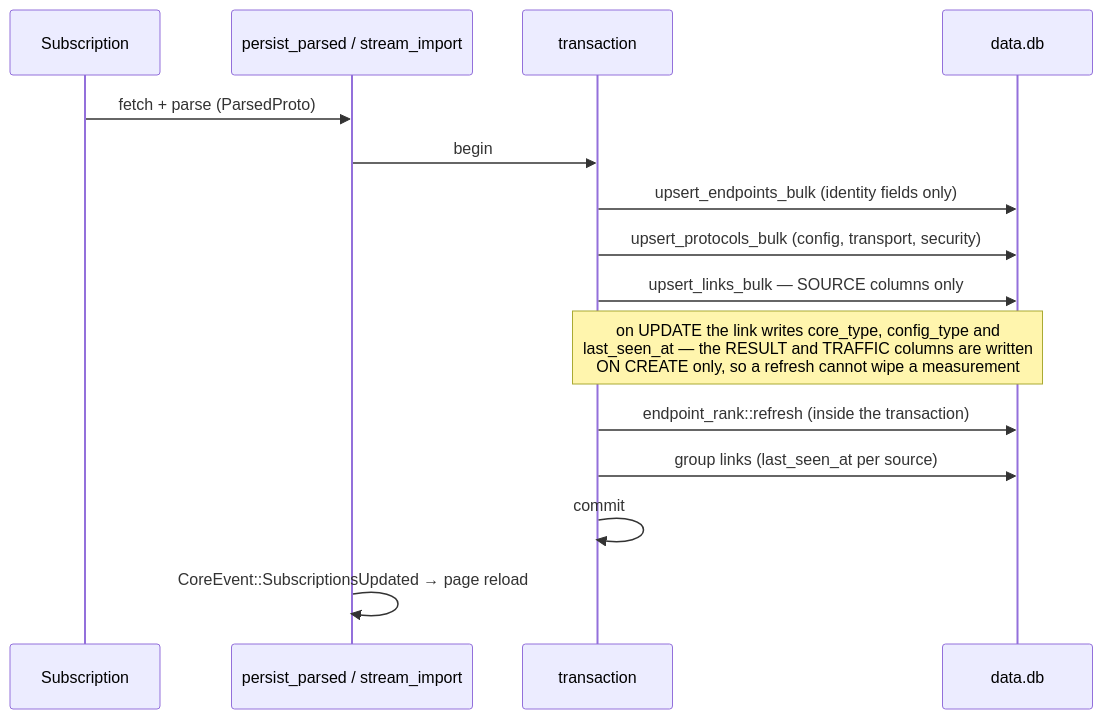
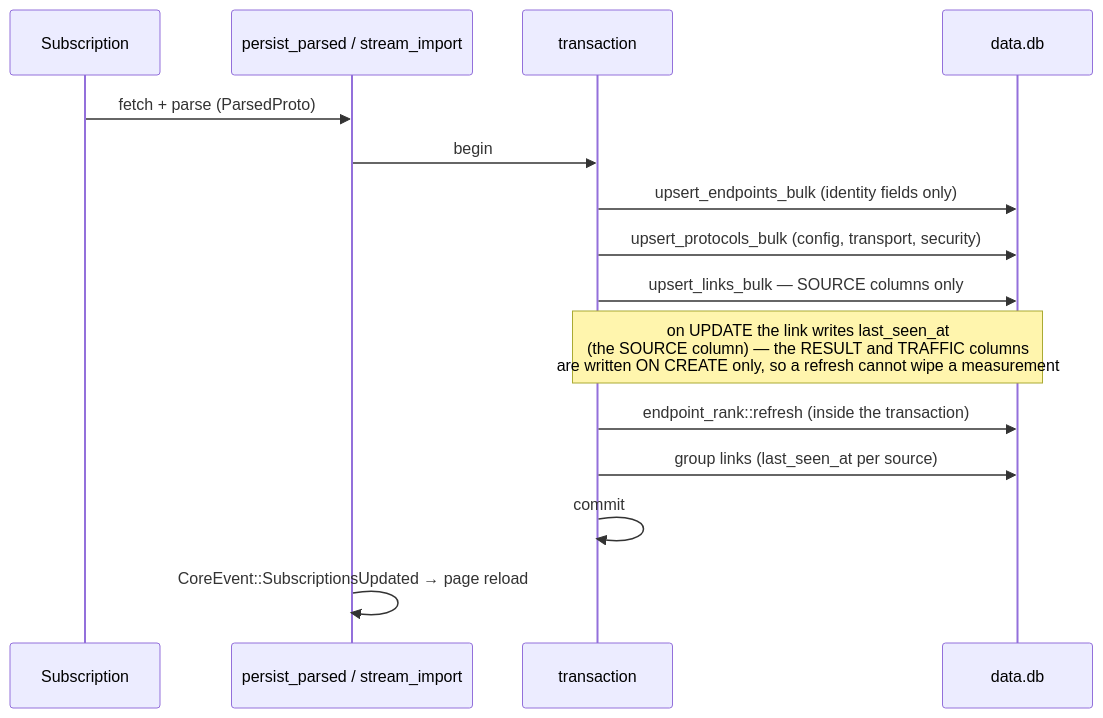
One commit to SaelKimberly/xray-tui changed the third of 7 diagrams in docs/database.md. Above: the diagram before and after it, drawn with Mermaid. The commit also changed other lines of this file and 9 other files, not shown here.

````diff
--- a/docs/database.md
+++ b/docs/database.md
@@ -352,17 +346,17 @@
 ```mermaid
 sequenceDiagram
     participant S as Subscription
     participant P as persist_parsed / stream_import
     participant T as transaction
     participant D as data.db
     S->>P: fetch + parse (ParsedProto)
     P->>T: begin
     T->>D: upsert_endpoints_bulk (identity fields only)
     T->>D: upsert_protocols_bulk (config, transport, security)
     T->>D: upsert_links_bulk — SOURCE columns only
-    Note over T,D: on UPDATE the link writes core_type, config_type and<br/>last_seen_at — the RESULT and TRAFFIC columns are written<br/>ON CREATE only, so a refresh cannot wipe a measurement
+    Note over T,D: on UPDATE the link writes last_seen_at<br/>(the SOURCE column) — the RESULT and TRAFFIC columns<br/>are written ON CREATE only, so a refresh cannot wipe a measurement
     T->>D: endpoint_rank::refresh (inside the transaction)
     T->>D: group links (last_seen_at per source)
     T->>T: commit
     P->>P: CoreEvent::SubscriptionsUpdated → page reload
 ```
````
